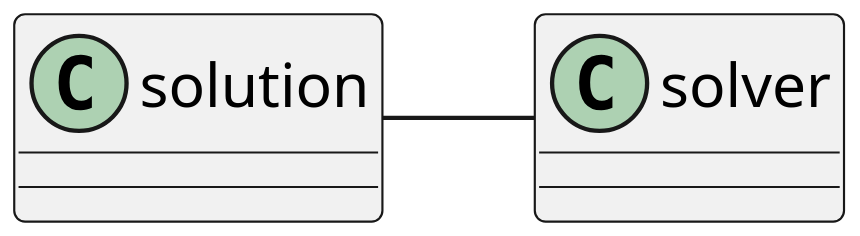
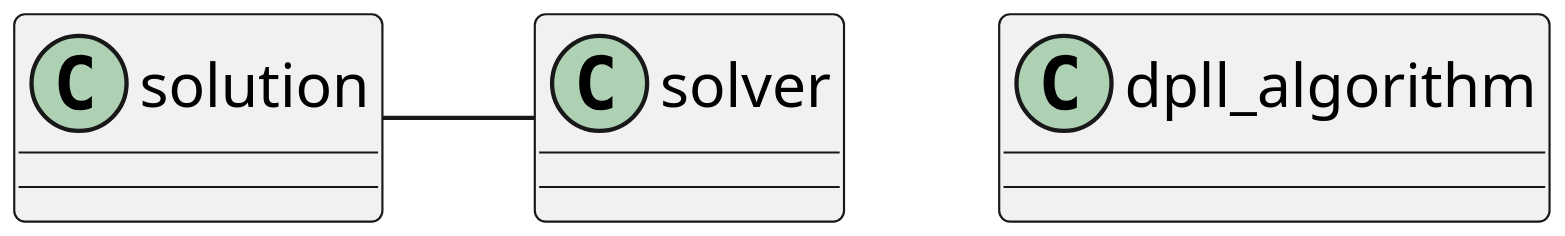
Before and after one commit to Wilbertz/Sudoku-Solver: the diagram in UML/MainClasses.puml, drawn with PlantUML. The commit also changed 1 other file, not shown here.

```diff
--- a/UML/MainClasses.puml
+++ b/UML/MainClasses.puml
@@ -1,6 +1,7 @@
 @startuml
 scale 3
+class dpll_algorithm
 class solution
 class solver
 solution - solver
 @enduml
```
